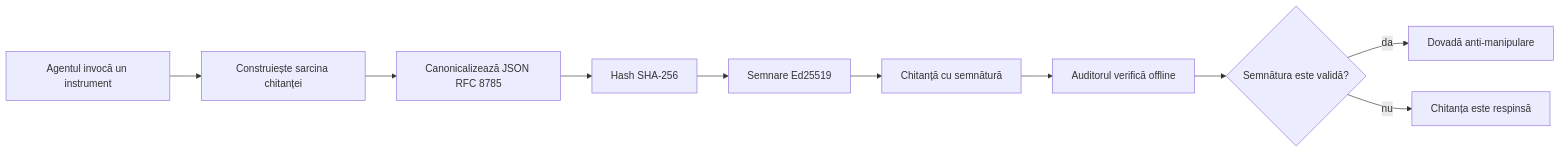
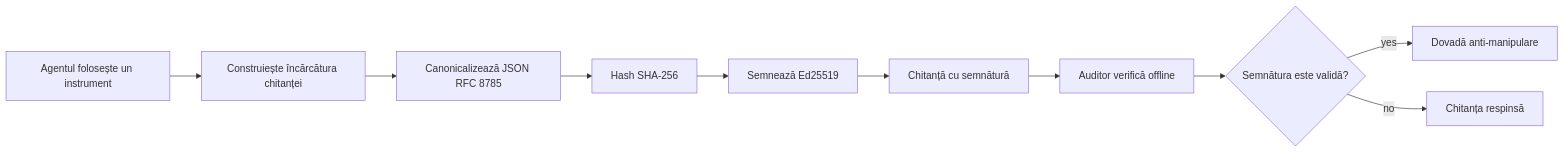
One commit to microsoft/ai-agents-for-beginners changed the first of 2 diagrams in translations/ro/18-securing-ai-agents/README.md. Above: the diagram before and after it, drawn with Mermaid. The commit also changed other lines of this file and 223 other files, not shown here.

````diff
--- a/translations/ro/18-securing-ai-agents/README.md
+++ b/translations/ro/18-securing-ai-agents/README.md
@@ -51,12 +51,12 @@
 ```mermaid
 flowchart LR
-    A[Agentul invocă un instrument] --> B[Construiește sarcina chitanței]
+    A[Agentul folosește un instrument] --> B[Construiește încărcătura chitanței]
     B --> C[Canonicalizează JSON RFC 8785]
     C --> D[Hash SHA-256]
-    D --> E[Semnare Ed25519]
+    D --> E[Semnează Ed25519]
     E --> F[Chitanță cu semnătură]
-    F --> G[Auditorul verifică offline]
+    F --> G[Auditor verifică offline]
     G --> H{Semnătura este validă?}
-    H -- da --> I[Dovadă anti-manipulare]
-    H -- nu --> J[Chitanța este respinsă]
+    H -- yes --> I[Dovadă anti-manipulare]
+    H -- no --> J[Chitanța respinsă]
 ```
````
